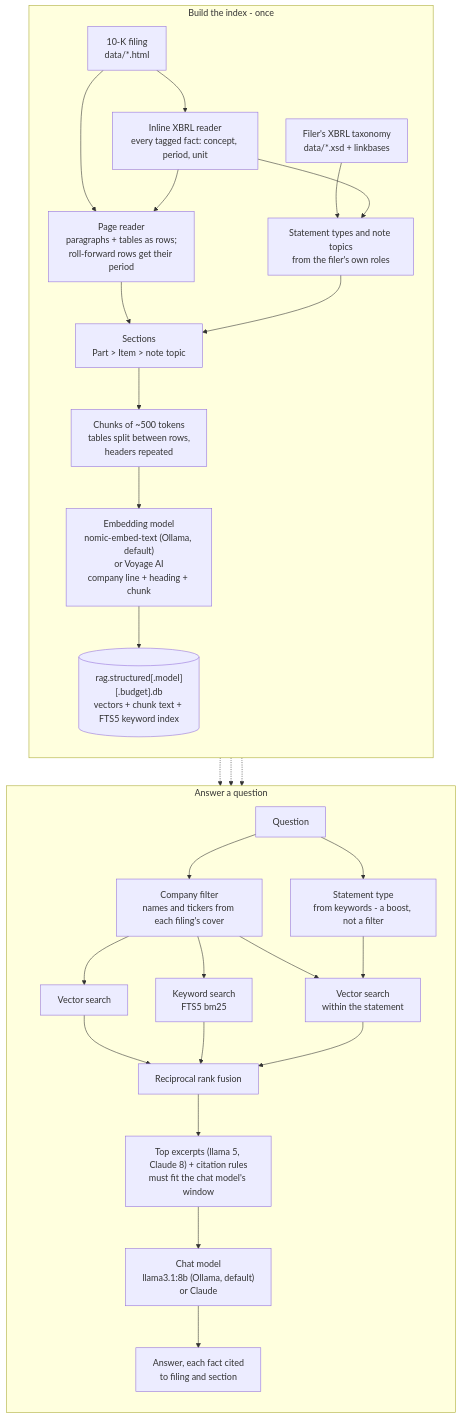
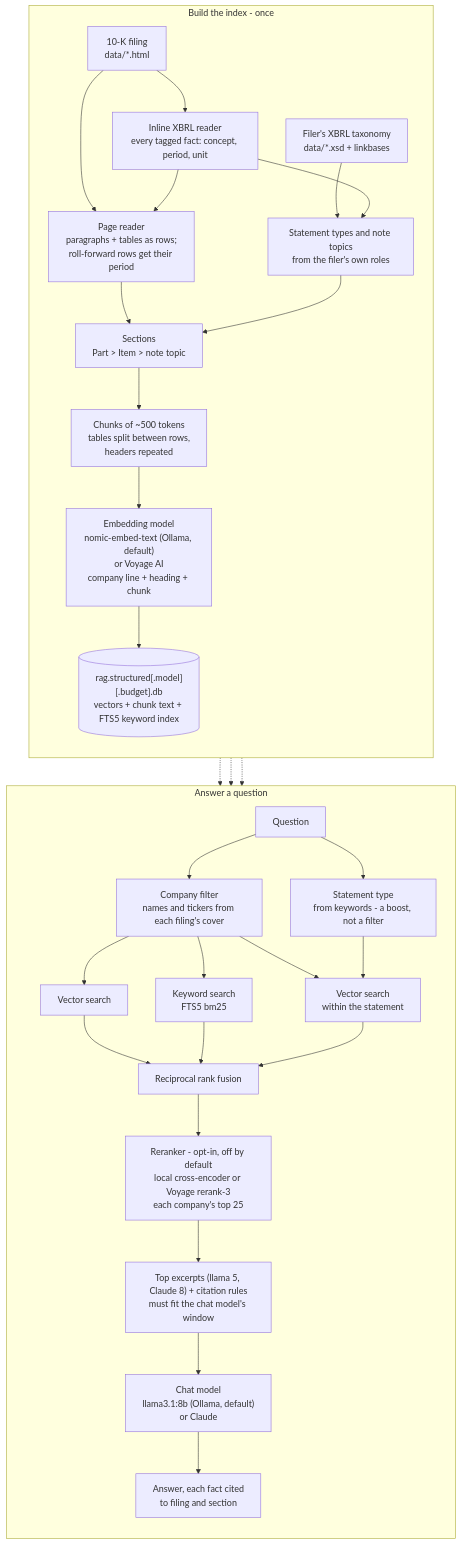
One commit to DNikolina/RagFilingExplorer changed the diagram in README.md. Above: the diagram before and after it, drawn with Mermaid. The commit also changed other lines of this file, not shown here.

Commit message:
README: batch 4's reranker as a provider, Voyage measured, today's chunk count

````diff
--- a/README.md
+++ b/README.md
@@ -105,57 +105,59 @@
 ```mermaid
 flowchart TB
     subgraph build["Build the index - once"]
         direction TB
         html["10-K filing<br/>data/*.html"]
         xsd["Filer's XBRL taxonomy<br/>data/*.xsd + linkbases"]
         xbrl["Inline XBRL reader<br/>every tagged fact: concept, period, unit"]
         labels["Statement types and note topics<br/>from the filer's own roles"]
         blocks["Page reader<br/>paragraphs + tables as rows;<br/>roll-forward rows get their period"]
         sections["Sections<br/>Part > Item > note topic"]
         chunks["Chunks of ~500 tokens<br/>tables split between rows,<br/>headers repeated"]
         embed["Embedding model<br/>nomic-embed-text (Ollama, default)<br/>or Voyage AI<br/>company line + heading + chunk"]
         db[("rag.structured[.model][.budget].db<br/>vectors + chunk text + FTS5 keyword index")]
 
         html --> xbrl
         html --> blocks
         xsd --> labels
         xbrl --> labels
         xbrl --> blocks
         blocks --> sections
         labels --> sections
         sections --> chunks
         chunks --> embed
         embed --> db
     end
 
     subgraph ask["Answer a question"]
         direction TB
         q["Question"]
         company["Company filter<br/>names and tickers from each filing's cover"]
         statement["Statement type<br/>from keywords - a boost, not a filter"]
         vec["Vector search"]
         kw["Keyword search<br/>FTS5 bm25"]
         vecst["Vector search<br/>within the statement"]
         fuse["Reciprocal rank fusion"]
+        rerank["Reranker - opt-in, off by default<br/>local cross-encoder or Voyage rerank-3<br/>each company's top 25"]
         prompt["Top excerpts (llama 5, Claude 8) + citation rules<br/>must fit the chat model's window"]
         llm["Chat model<br/>llama3.1:8b (Ollama, default)<br/>or Claude"]
         answer["Answer, each fact cited<br/>to filing and section"]
 
         q --> company
         q --> statement
         company --> vec
         company --> kw
         company --> vecst
         statement --> vecst
         vec --> fuse
         kw --> fuse
         vecst --> fuse
-        fuse --> prompt
+        fuse --> rerank
+        rerank --> prompt
         prompt --> llm
         llm --> answer
     end
 
     db -.-> vec
     db -.-> kw
     db -.-> vecst
 ```
````
